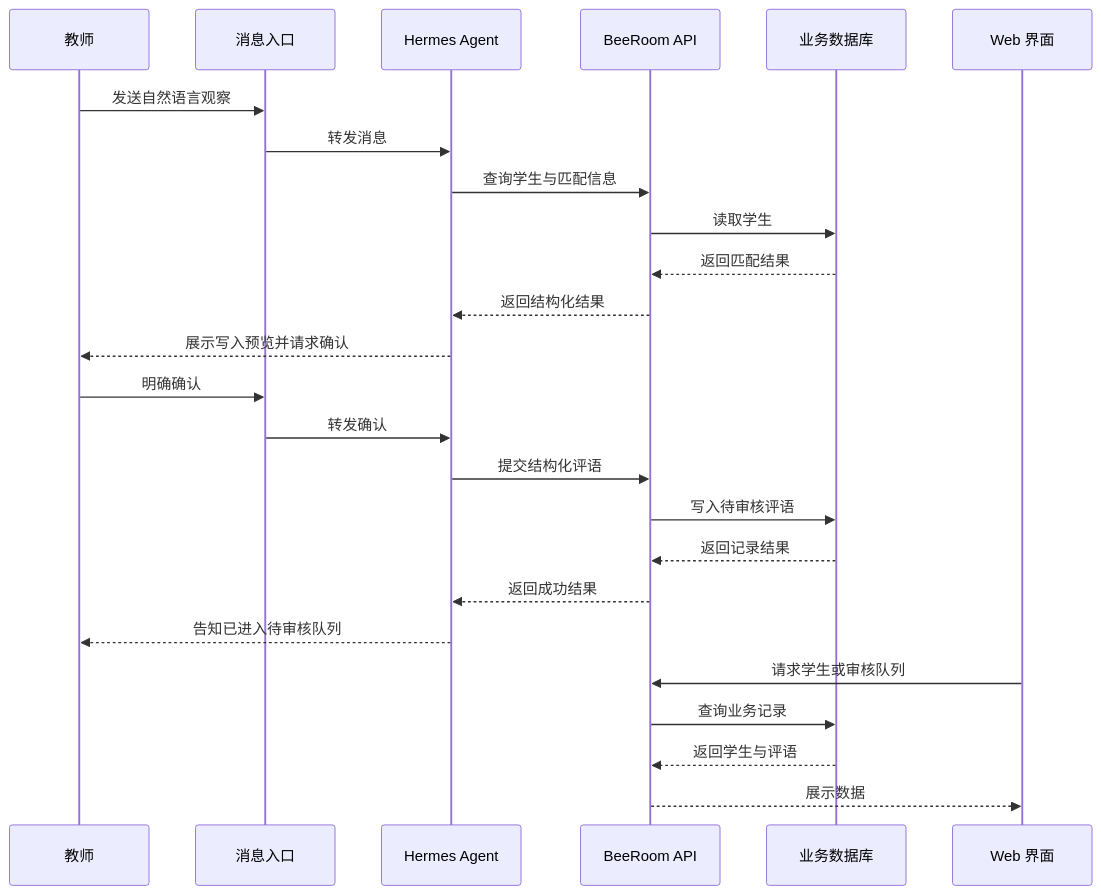
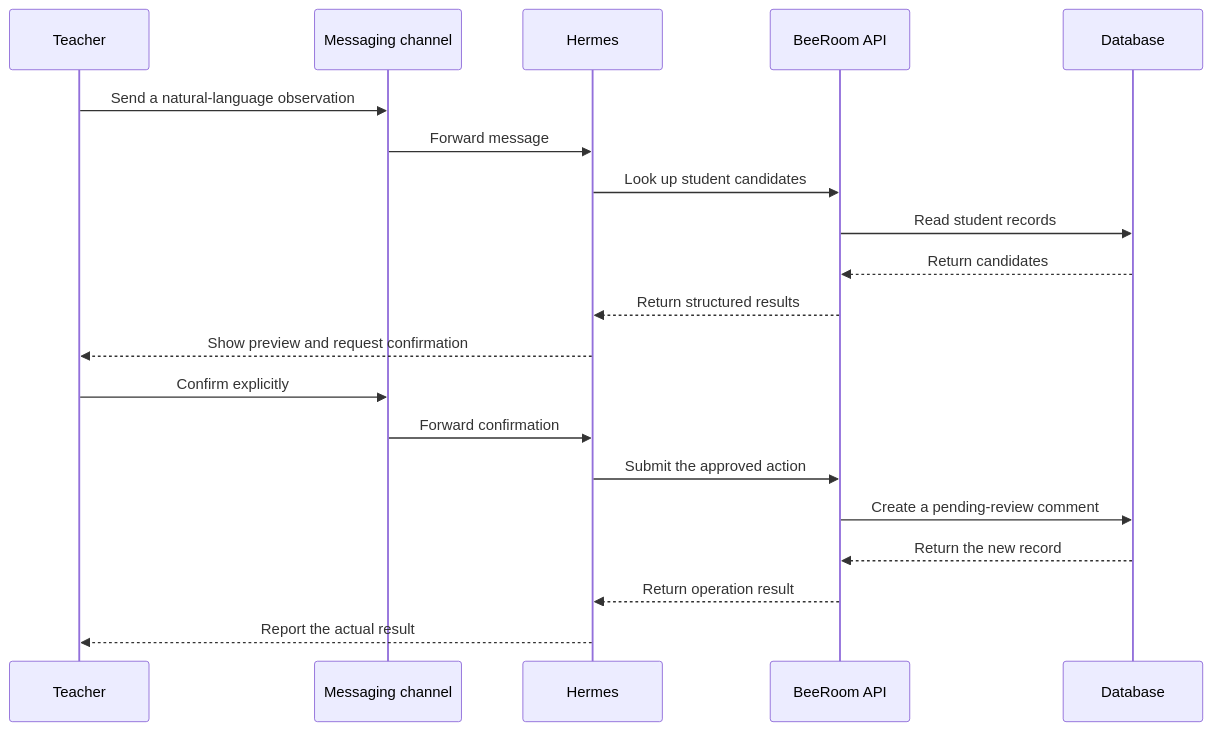
The second of 2 diagrams in docs/business-architecture.md (quiteqiang/BeeRoom-Hermes-Showcase), drawn with Mermaid before and after one commit. The commit also changed other lines of this file and 28 other files, not shown here.

````diff
--- a/docs/business-architecture.md
+++ b/docs/business-architecture.md
@@ -49,28 +48,23 @@
 ```mermaid
 sequenceDiagram
-    participant Teacher as 教师
-    participant Chat as 消息入口
-    participant Hermes as Hermes Agent
+    participant Teacher
+    participant Channel as Messaging channel
+    participant Hermes
     participant API as BeeRoom API
-    participant DB as 业务数据库
-    participant UI as Web 界面
+    participant DB as Database
 
-    Teacher->>Chat: 发送自然语言观察
-    Chat->>Hermes: 转发消息
-    Hermes->>API: 查询学生与匹配信息
-    API->>DB: 读取学生
-    DB-->>API: 返回匹配结果
-    API-->>Hermes: 返回结构化结果
-    Hermes-->>Teacher: 展示写入预览并请求确认
-    Teacher->>Chat: 明确确认
-    Chat->>Hermes: 转发确认
-    Hermes->>API: 提交结构化评语
-    API->>DB: 写入待审核评语
-    DB-->>API: 返回记录结果
-    API-->>Hermes: 返回成功结果
-    Hermes-->>Teacher: 告知已进入待审核队列
-    UI->>API: 请求学生或审核队列
-    API->>DB: 查询业务记录
-    DB-->>API: 返回学生与评语
-    API-->>UI: 展示数据
+    Teacher->>Channel: Send a natural-language observation
+    Channel->>Hermes: Forward message
+    Hermes->>API: Look up student candidates
+    API->>DB: Read student records
+    DB-->>API: Return candidates
+    API-->>Hermes: Return structured results
+    Hermes-->>Teacher: Show preview and request confirmation
+    Teacher->>Channel: Confirm explicitly
+    Channel->>Hermes: Forward confirmation
+    Hermes->>API: Submit the approved action
+    API->>DB: Create a pending-review comment
+    DB-->>API: Return the new record
+    API-->>Hermes: Return operation result
+    Hermes-->>Teacher: Report the actual result
 ```
````
